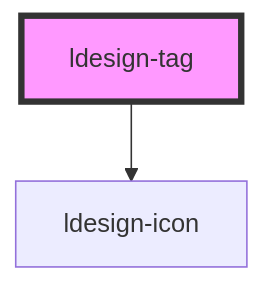
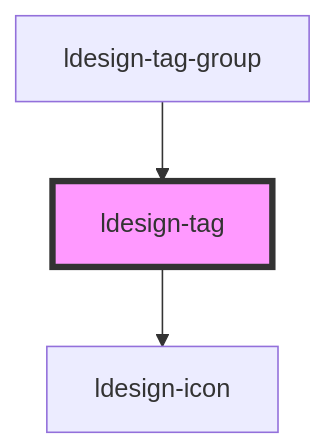
One commit to poly1603/ldesign changed the diagram in packages/webcomponent/src/components/tag/readme.md. Above: the diagram before and after it, drawn with Mermaid. The commit also changed other lines of this file and 33 other files, not shown here.

````diff
--- a/packages/webcomponent/src/components/tag/readme.md
+++ b/packages/webcomponent/src/components/tag/readme.md
@@ -127,5 +133,6 @@
 ```mermaid
 graph TD;
   ldesign-tag --> ldesign-icon
+  ldesign-tag-group --> ldesign-tag
   style ldesign-tag fill:#f9f,stroke:#333,stroke-width:4px
 ```
````
